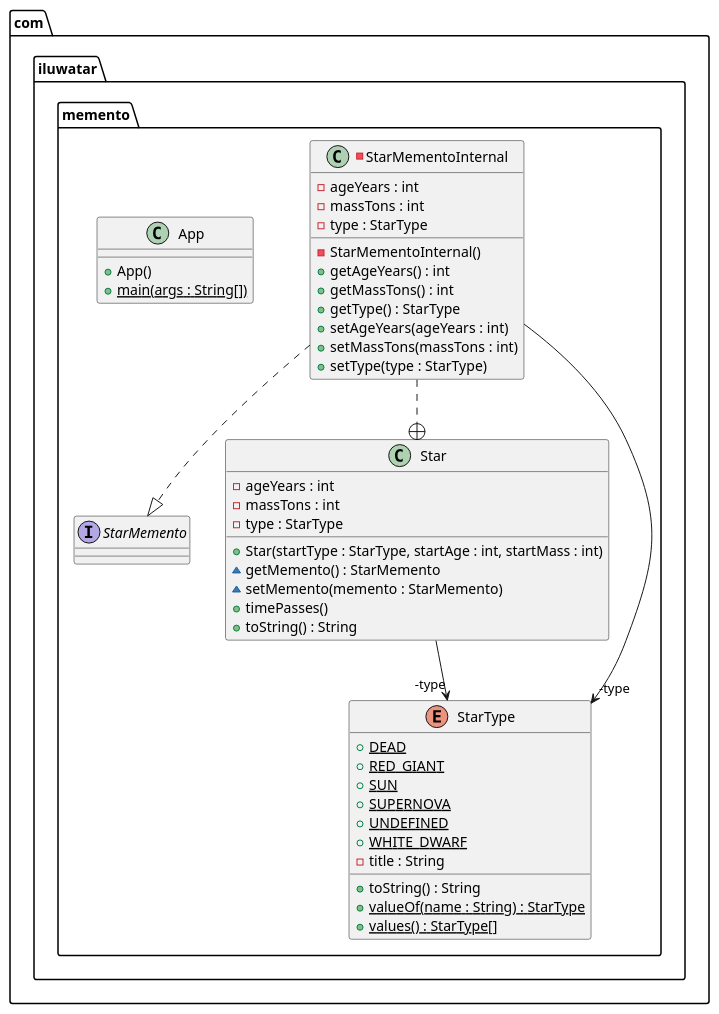
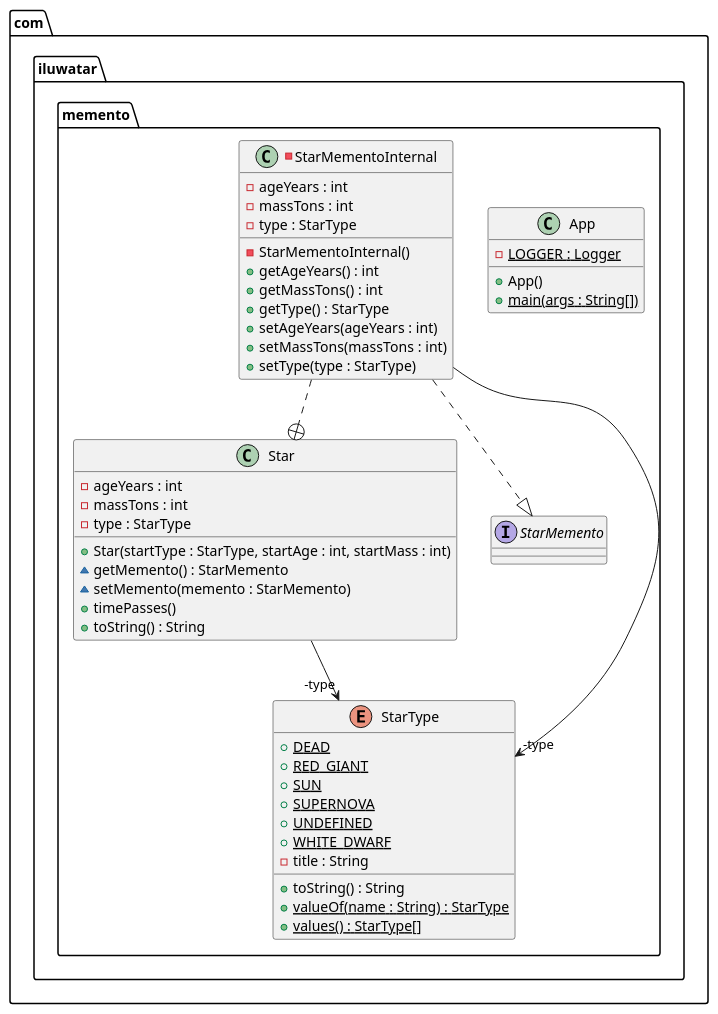
Before and after one commit to NatalieSty/java-design-patterns: the diagram in memento/etc/memento.urm.puml, drawn with PlantUML. The commit also changed 84 other files, not shown here.

```diff
--- a/memento/etc/memento.urm.puml
+++ b/memento/etc/memento.urm.puml
@@ -1,48 +1,49 @@
 @startuml
 package com.iluwatar.memento {
+  class App {
+    - LOGGER : Logger {static}
+    + App()
+    + main(args : String[]) {static}
+  }
+  class Star {
+    - ageYears : int
+    - massTons : int
+    - type : StarType
+    + Star(startType : StarType, startAge : int, startMass : int)
+    ~ getMemento() : StarMemento
+    ~ setMemento(memento : StarMemento)
+    + timePasses()
+    + toString() : String
+  }
   -class StarMementoInternal {
     - ageYears : int
     - massTons : int
     - type : StarType
     - StarMementoInternal()
     + getAgeYears() : int
     + getMassTons() : int
     + getType() : StarType
     + setAgeYears(ageYears : int)
     + setMassTons(massTons : int)
     + setType(type : StarType)
   }
-  class App {
-    + App()
-    + main(args : String[]) {static}
-  }
   interface StarMemento {
-  }
-  class Star {
-    - ageYears : int
-    - massTons : int
-    - type : StarType
-    + Star(startType : StarType, startAge : int, startMass : int)
-    ~ getMemento() : StarMemento
-    ~ setMemento(memento : StarMemento)
-    + timePasses()
-    + toString() : String
   }
   enum StarType {
     + DEAD {static}
     + RED_GIANT {static}
     + SUN {static}
     + SUPERNOVA {static}
     + UNDEFINED {static}
     + WHITE_DWARF {static}
     - title : String
     + toString() : String
     + valueOf(name : String) : StarType {static}
     + values() : StarType[] {static}
   }
 }
 StarMementoInternal -->  "-type" StarType
 Star -->  "-type" StarType
 StarMementoInternal ..+ Star
 StarMementoInternal ..|> StarMemento 
 @enduml
```
